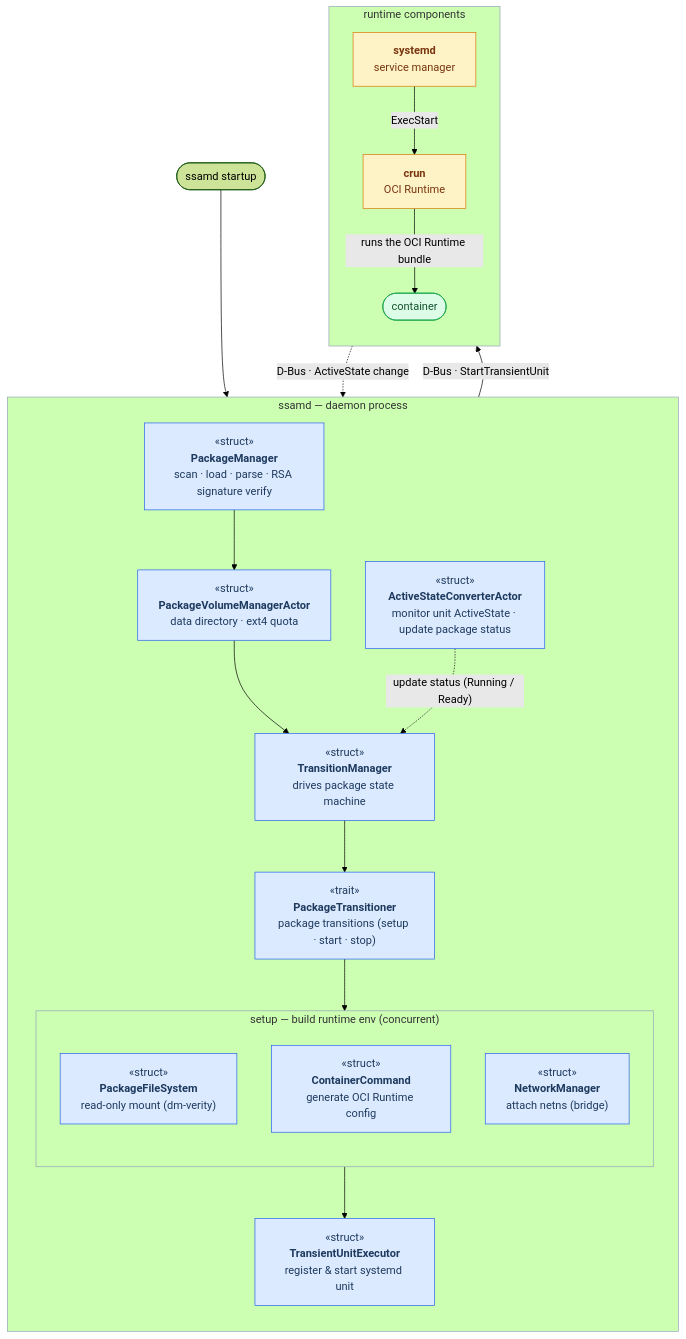
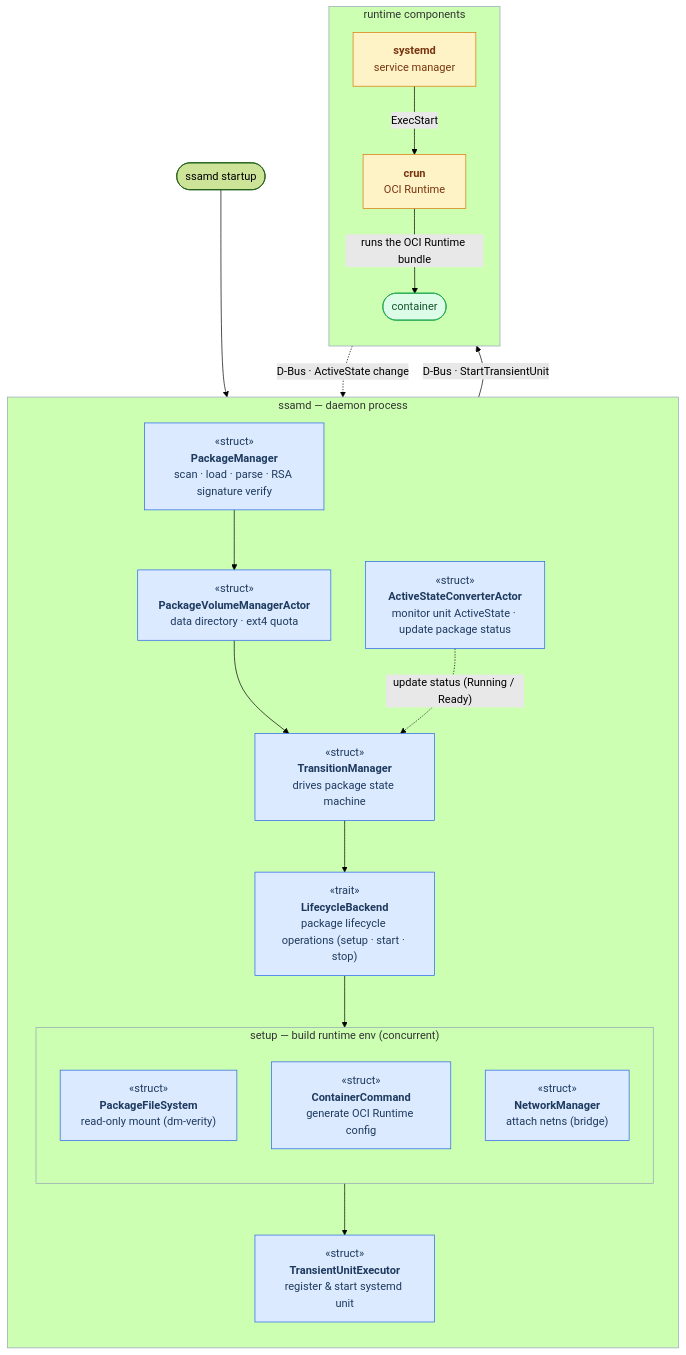
One commit to mobis-oss/ssam changed the first of 3 diagrams in docs/architecture/execution.md. Above: the diagram before and after it, drawn with Mermaid (forest theme). The commit also changed other lines of this file and 5 other files, not shown here.

````diff
--- a/docs/architecture/execution.md
+++ b/docs/architecture/execution.md
@@ -25,41 +25,41 @@
 ```mermaid
 flowchart TB
   START(["ssamd startup"]) --> PM
 
   subgraph SD["ssamd — daemon process"]
     direction TB
     PM["«struct»<br/><b>PackageManager</b><br/>scan · load · parse · RSA signature verify"] --> PVM["«struct»<br/><b>PackageVolumeManagerActor</b><br/>data directory · ext4 quota"]
     PVM --> TM["«struct»<br/><b>TransitionManager</b><br/>drives package state machine"]
-    TM --> PT["«trait»<br/><b>PackageTransitioner</b><br/>package transitions (setup · start · stop)"]
+    TM --> PT["«trait»<br/><b>LifecycleBackend</b><br/>package lifecycle operations (setup · start · stop)"]
 
     subgraph SU["setup — build runtime env (concurrent)"]
       direction TB
       PFS["«struct»<br/><b>PackageFileSystem</b><br/>read-only mount (dm-verity)"]
       EC["«struct»<br/><b>ContainerCommand</b><br/>generate OCI Runtime config"]
       NM["«struct»<br/><b>NetworkManager</b><br/>attach netns (bridge)"]
     end
 
     PT --> SU
     SU --> CEB["«struct»<br/><b>TransientUnitExecutor</b><br/>register &amp; start systemd unit"]
     ASM["«struct»<br/><b>ActiveStateConverterActor</b><br/>monitor unit ActiveState · update package status"] -.->|"update status (Running / Ready)"| TM
   end
 
   CEB -->|"D-Bus · StartTransientUnit"| SY
   SY -.->|"D-Bus · ActiveState change"| ASM
 
   subgraph EXT["runtime components"]
     direction TB
     SY["<b>systemd</b><br/>service manager"] -->|"ExecStart"| CR["<b>crun</b><br/>OCI Runtime"]
     CR -->|"runs the OCI Runtime bundle"| CT(["container"])
   end
 
   classDef actor fill:#dbeafe,stroke:#2563eb,color:#1e3a5f;
   classDef ext fill:#fef3c7,stroke:#d97706,color:#78350f;
   classDef result fill:#dcfce7,stroke:#16a34a,color:#14532d;
   class PM,TM,PT,PFS,EC,NM,PVM,CEB,ASM actor;
   class SY,CR ext;
   class CT result;
   style SD stroke:#94a3b8
   style SU stroke:#94a3b8
   style EXT stroke:#94a3b8
 ```
````
